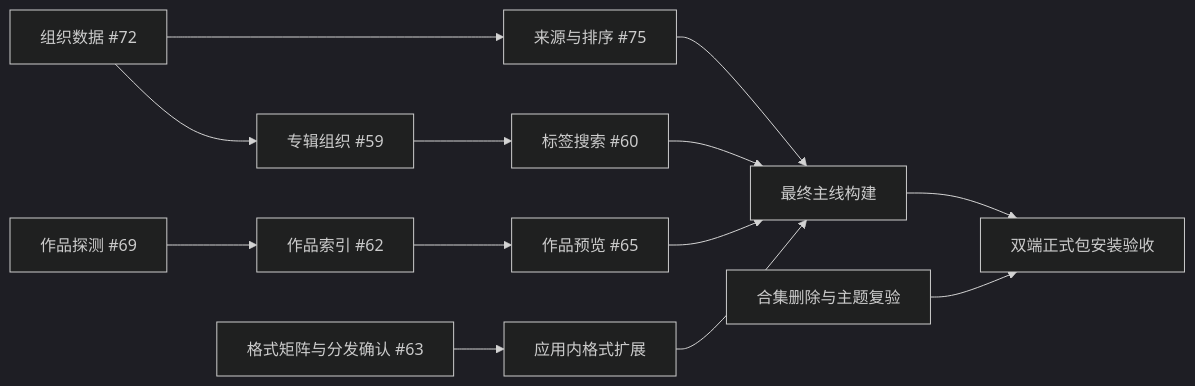
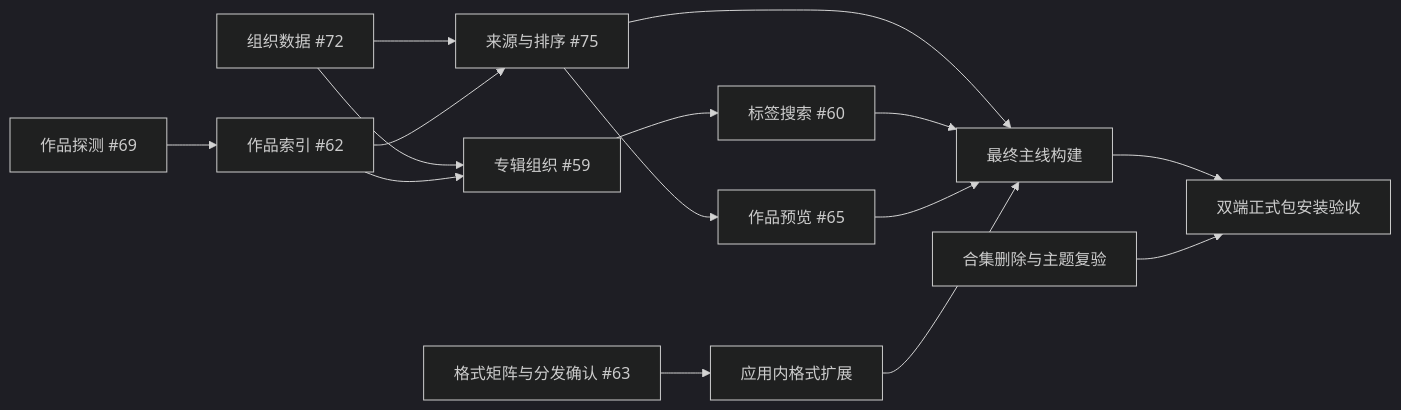
Before and after one commit to AMindFlow/iPreview: the diagram in docs/project/releases/0.3.0.md, drawn with Mermaid (dark theme). The commit also changed other lines of this file and 5 other files, not shown here.

````diff
--- a/docs/project/releases/0.3.0.md
+++ b/docs/project/releases/0.3.0.md
@@ -18,15 +18,17 @@
 ```mermaid
 flowchart LR
     S["来源与排序 #75"] --> I["最终主线构建"]
     D["组织数据 #72"] --> A["专辑组织 #59"]
     A --> Q["标签搜索 #60"]
     D --> S
+    X --> S
+    X --> A
     Q --> I
     W["作品探测 #69"] --> X["作品索引 #62"]
-    X --> P["作品预览 #65"]
+    S --> P["作品预览 #65"]
     P --> I
     F["格式矩阵与分发确认 #63"] --> M["应用内格式扩展"]
     M --> I
     I --> V["双端正式包安装验收"]
     T["合集删除与主题复验"] --> V
 ```
````
